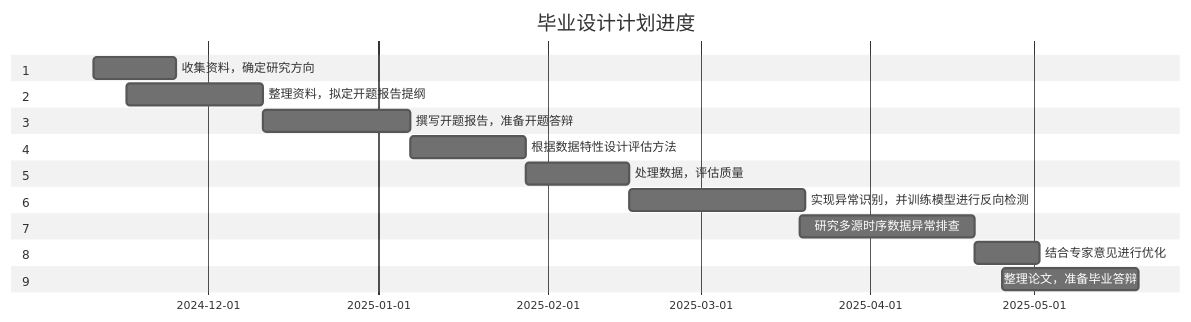
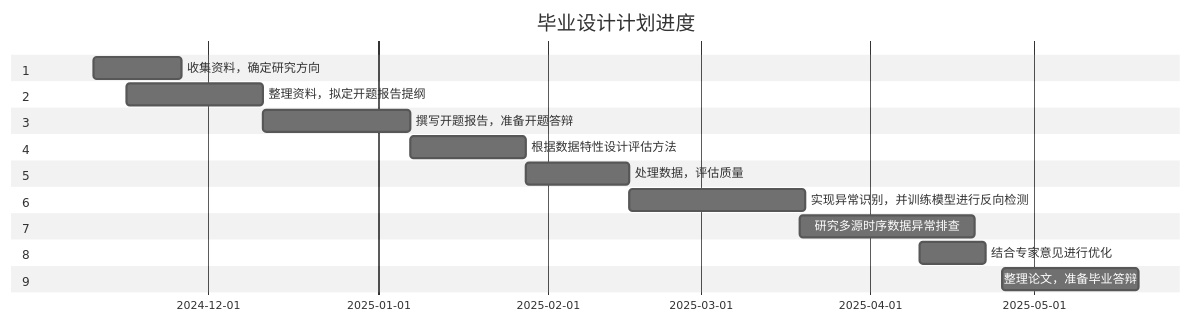
Before and after one commit to Kelseyyz/iodraw-files: the diagram in all/未命名.md, drawn with Mermaid (neutral theme).

Commit message:
2024-12-30 15:00:43 update

````diff
--- a/all/未命名.md
+++ b/all/未命名.md
@@ -1,26 +1,26 @@
 ```mermaid
 gantt
     title 毕业设计计划进度
     dateFormat  YYYY年MM月DD日
     
 
     section 1
-    收集资料，确定研究方向           : 2024年11月10日  , 15d
+    收集资料，确定研究方向           : 2024年11月10日  , 16d
     section 2
     整理资料，拟定开题报告提纲       : 2024年11月16日  , 25d
     section 3
     撰写开题报告，准备开题答辩       : 2024年12月11日  , 27d
     section 4
     根据数据特性设计评估方法         : 2025年01月07日  , 21d
     section 5
     处理数据，评估质量               : 2025年01月28日  , 19d
     section 6
     实现异常识别，并训练模型进行反向检测    : 2025年02月16日  , 32d
     section 7
     研究多源时序数据异常排查         : 2025年03月19日  , 32d
     section 8
-    结合专家意见进行优化             : 2025年04月20日  , 12d
+    结合专家意见进行优化             : 2025年04月10日  , 12d
     section 9
     整理论文，准备毕业答辩           : 2025年04月25日  , 25d
 
 ```
````
